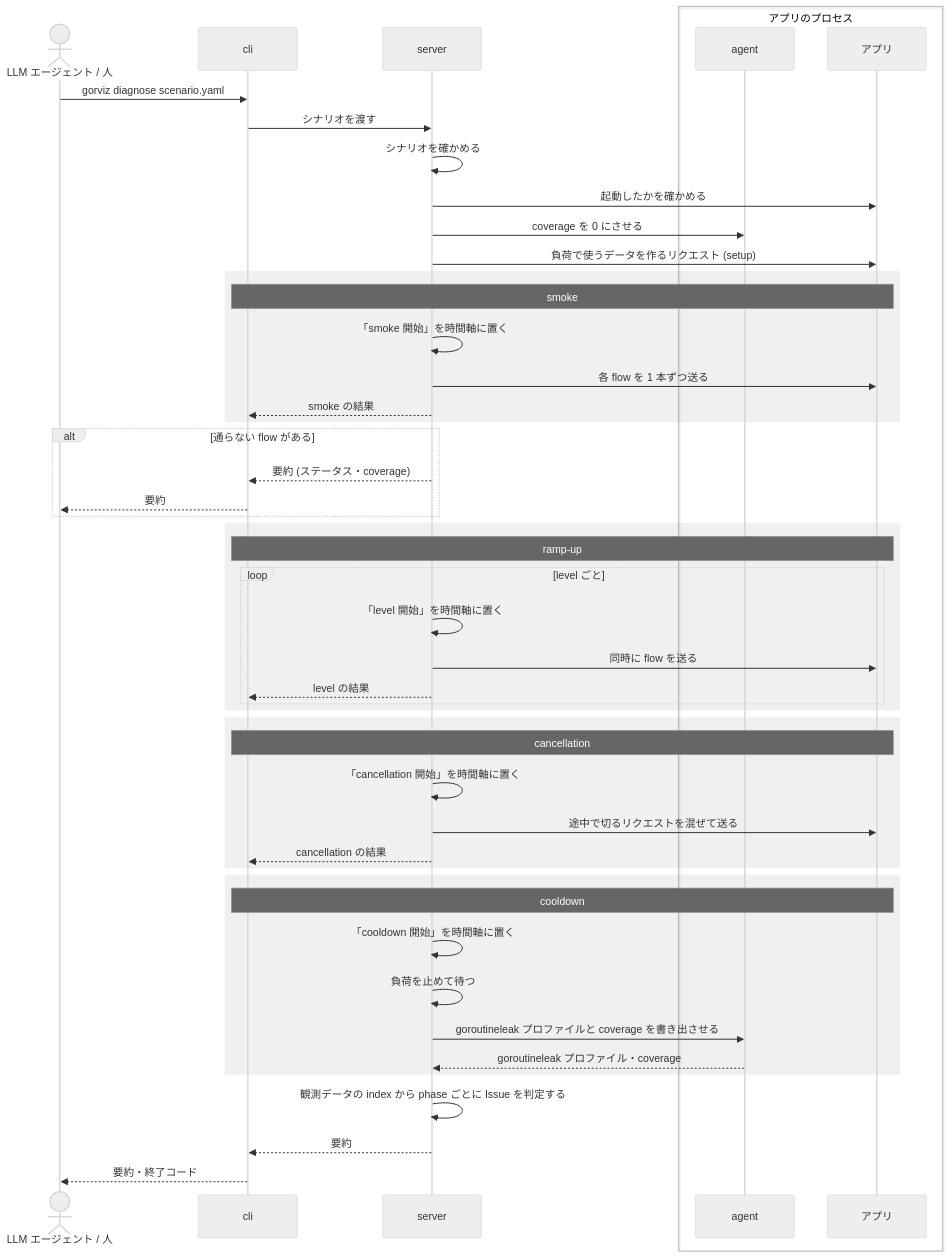
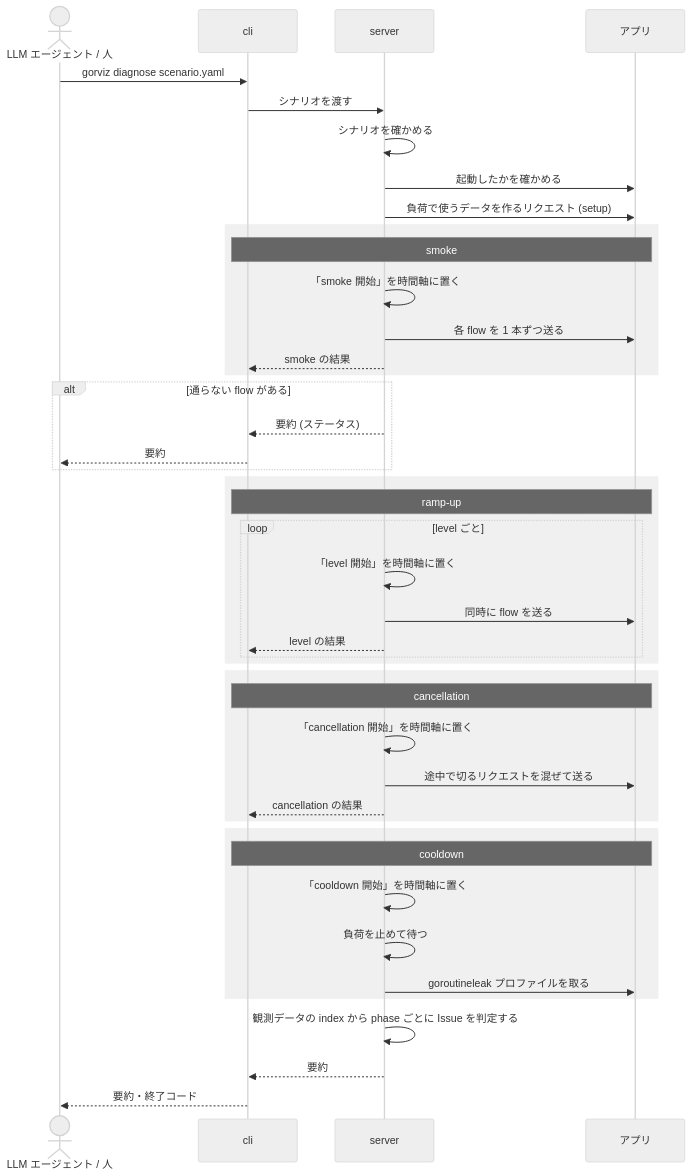
Before and after one commit to kakkky/gorviz: the fourth of 7 diagrams in docs/design.md, drawn with Mermaid (neutral theme). The commit also changed other lines of this file and 62 other files, not shown here.

````diff
--- a/docs/design.md
+++ b/docs/design.md
@@ -166,56 +162,51 @@
 ```mermaid
 sequenceDiagram
     actor L as LLM エージェント / 人
     participant C as cli
     participant S as server
-    box アプリのプロセス
-        participant A as agent
-        participant App as アプリ
-    end
+    participant App as アプリ
 
     L->>C: gorviz diagnose scenario.yaml
     C->>S: シナリオを渡す
     S->>S: シナリオを確かめる
     S->>App: 起動したかを確かめる
-    S->>A: coverage を 0 にさせる
     S->>App: 負荷で使うデータを作るリクエスト (setup)
 
     rect rgba(128, 128, 128, 0.12)
         Note over C,App: smoke
         S->>S: 「smoke 開始」を時間軸に置く
         S->>App: 各 flow を 1 本ずつ送る
         S-->>C: smoke の結果
     end
     alt 通らない flow がある
-        S-->>C: 要約 (ステータス・coverage)
+        S-->>C: 要約 (ステータス)
         C-->>L: 要約
     end
 
     rect rgba(128, 128, 128, 0.12)
         Note over C,App: ramp-up
         loop level ごと
             S->>S: 「level 開始」を時間軸に置く
             S->>App: 同時に flow を送る
             S-->>C: level の結果
         end
     end
 
     rect rgba(128, 128, 128, 0.12)
         Note over C,App: cancellation
         S->>S: 「cancellation 開始」を時間軸に置く
         S->>App: 途中で切るリクエストを混ぜて送る
         S-->>C: cancellation の結果
     end
 
     rect rgba(128, 128, 128, 0.12)
         Note over C,App: cooldown
         S->>S: 「cooldown 開始」を時間軸に置く
         S->>S: 負荷を止めて待つ
-        S->>A: goroutineleak プロファイルと coverage を書き出させる
-        A-->>S: goroutineleak プロファイル・coverage
+        S->>App: goroutineleak プロファイルを取る
     end
 
     S->>S: 観測データの index から phase ごとに Issue を判定する
     S-->>C: 要約
     C-->>L: 要約・終了コード
 ```
````
